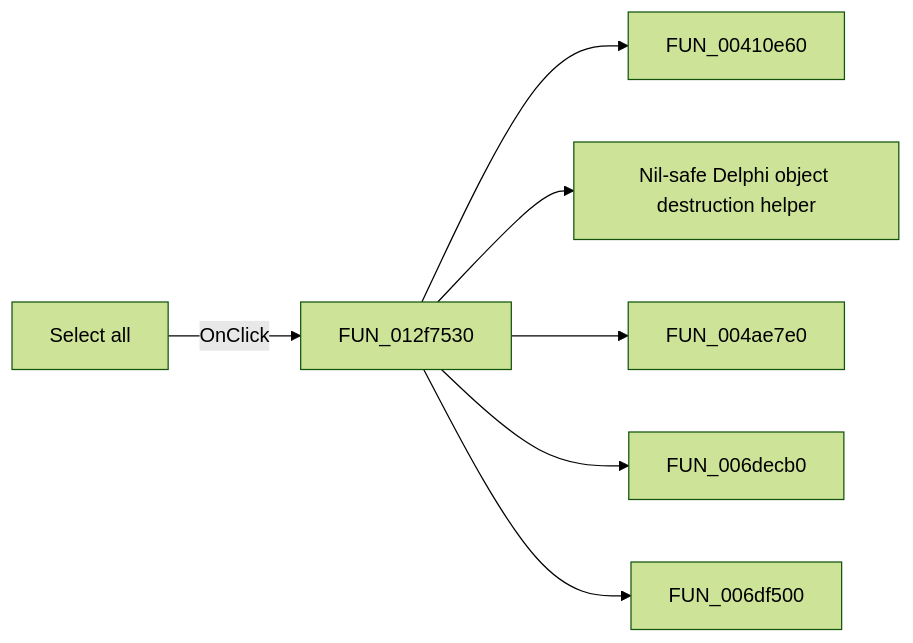
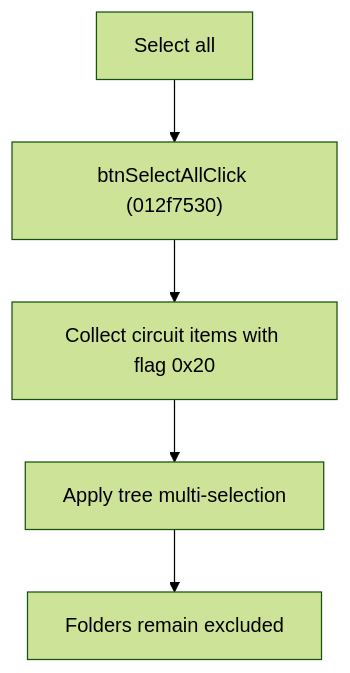
One commit to MovGP0/TIARA changed the diagram in docs/ui-controls/frmmodeltestbencheditor/btnselectall-1f88d351a4.md. Above: the diagram before and after it, drawn with Mermaid (forest theme). The commit also changed other lines of this file and 387 other files, not shown here.

````diff
--- a/docs/ui-controls/frmmodeltestbencheditor/btnselectall-1f88d351a4.md
+++ b/docs/ui-controls/frmmodeltestbencheditor/btnselectall-1f88d351a4.md
@@ -27,9 +28,7 @@
 ```mermaid
-flowchart LR
-    control["Select all"] -->|OnClick| handler["FUN_012f7530"]
-    handler --> call1["FUN_00410e60"]
-    handler --> call2["Nil-safe Delphi object destruction helper"]
-    handler --> call3["FUN_004ae7e0"]
-    handler --> call4["FUN_006decb0"]
-    handler --> call5["FUN_006df500"]
+flowchart TD
+    control["Select all"] --> handler["btnSelectAllClick (012f7530)"]
+    handler --> collect["Collect circuit items with flag 0x20"]
+    collect --> apply["Apply tree multi-selection"]
+    apply --> done["Folders remain excluded"]
 ```
````
